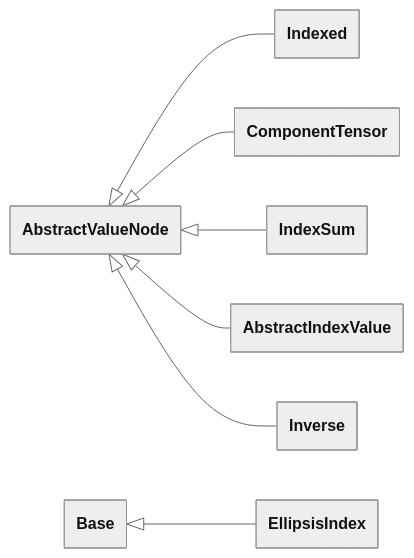
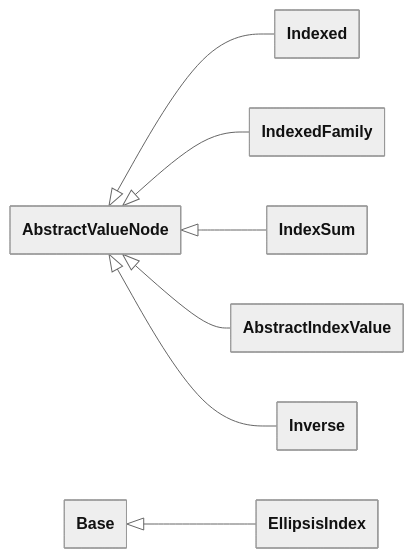
Before and after one commit to FEniCS/uflx: the fifth of 12 diagrams in design/language.md, drawn with Mermaid. The commit also changed other lines of this file and 7 other files, not shown here.

Commit message:
Rename component_tensor to indexed_family to reflect broader role.

````diff
--- a/design/language.md
+++ b/design/language.md
@@ -4701,20 +4704,20 @@
 ```mermaid
 ---
 config:
   theme: neutral
   look: classic
   class:
     theme: neutral
     look: classic
     hideEmptyMembersBox: true
 ---
 classDiagram
     direction LR
     accTitle: Algebra class hierarchy (3 of 3)
     AbstractValueNode <|-- Indexed
-    AbstractValueNode <|-- ComponentTensor
+    AbstractValueNode <|-- IndexedFamily
     AbstractValueNode <|-- IndexSum
     Base <|-- EllipsisIndex
     AbstractValueNode <|-- AbstractIndexValue
     AbstractValueNode <|-- Inverse
 ```
````
